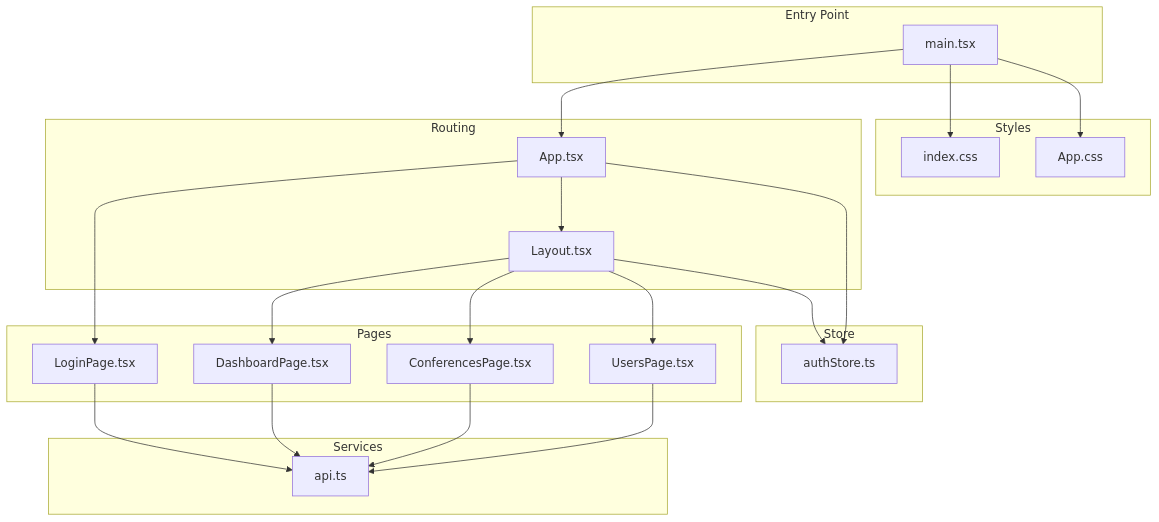
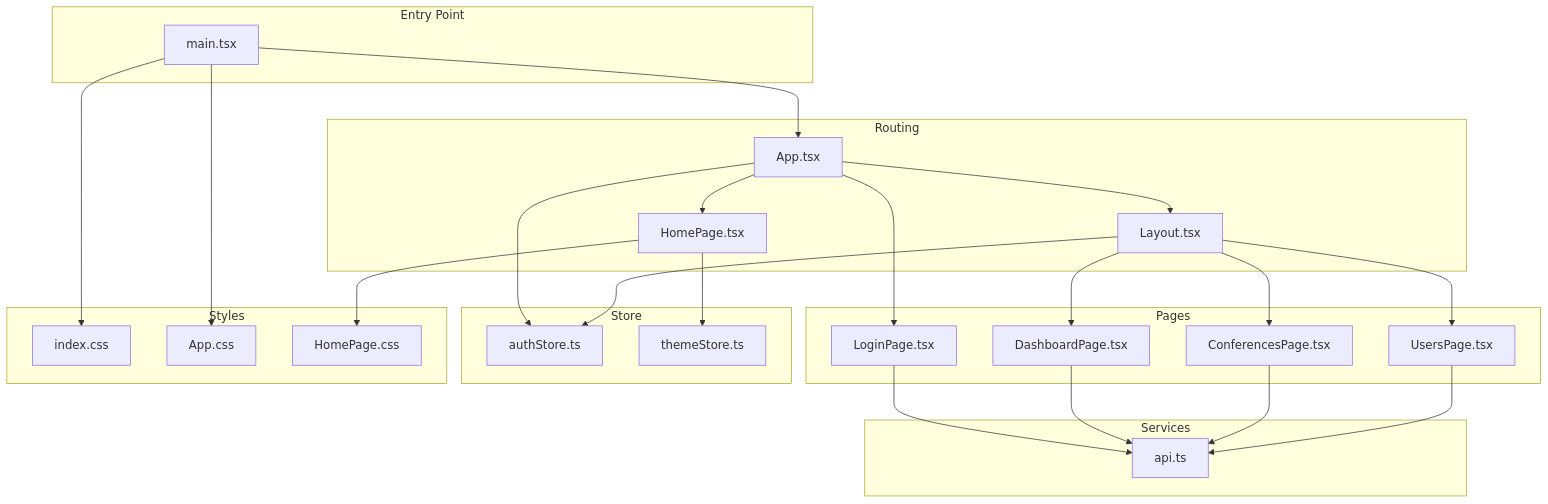
Before and after one commit to Vostrikov2014/vks-qoder: the first of 8 diagrams in .qoder/repowiki/en/content/Frontend Application/Application Structure.md, drawn with Mermaid. The commit also changed other lines of this file and 18 other files, not shown here.

````diff
--- a/.qoder/repowiki/en/content/Frontend Application/Application Structure.md
+++ b/.qoder/repowiki/en/content/Frontend Application/Application Structure.md
@@ -47,40 +59,46 @@
 ```mermaid
 graph TB
 subgraph "Entry Point"
 M["main.tsx"]
 end
 subgraph "Routing"
 A["App.tsx"]
+HP["HomePage.tsx"]
 L["Layout.tsx"]
 end
 subgraph "Pages"
 D["DashboardPage.tsx"]
 C["ConferencesPage.tsx"]
 U["UsersPage.tsx"]
 LG["LoginPage.tsx"]
 end
 subgraph "Services"
 S["api.ts"]
 end
 subgraph "Store"
 ST["authStore.ts"]
+TS["themeStore.ts"]
 end
 subgraph "Styles"
 IC["index.css"]
 AC["App.css"]
+HPCSS["HomePage.css"]
 end
 M --> A
+A --> HP
 A --> LG
 A --> L
+HP --> HPCSS
+HP --> TS
 L --> D
 L --> C
 L --> U
 LG --> S
 D --> S
 C --> S
 U --> S
 A --> ST
 L --> ST
 M --> IC
 M --> AC
 ```
````
